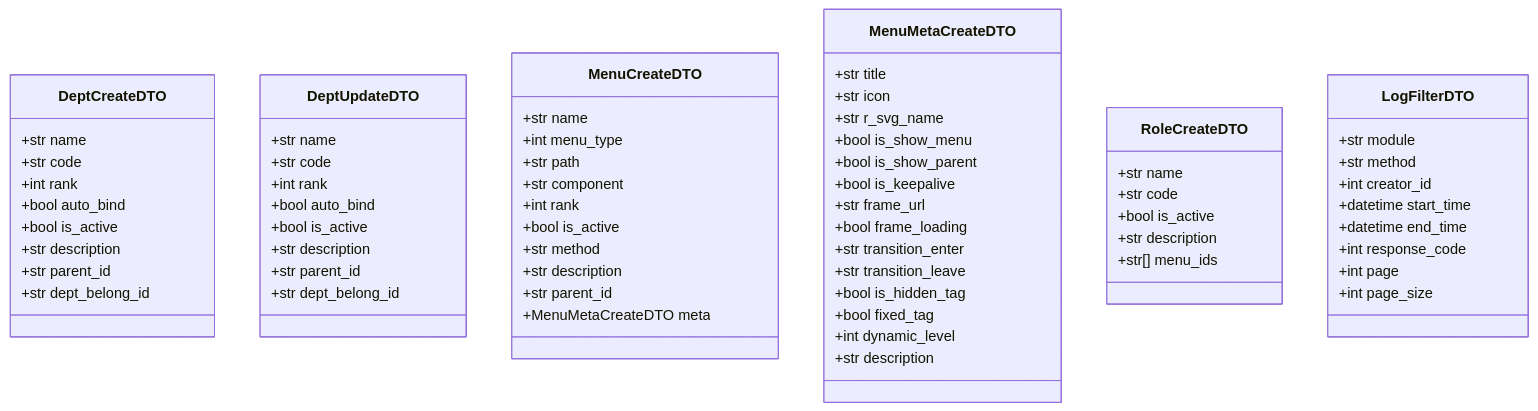
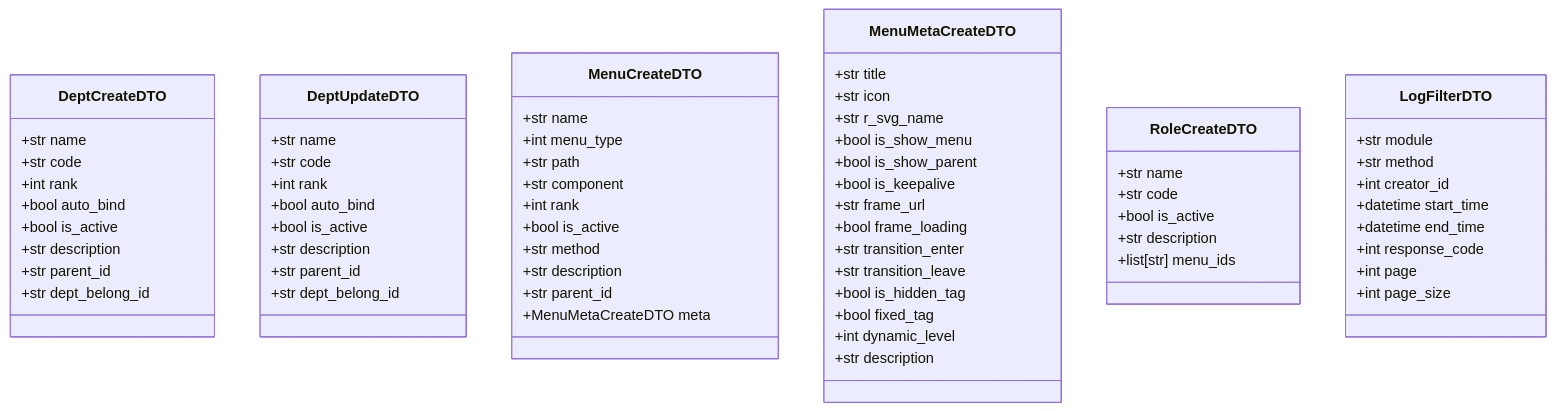
The third of 14 diagrams in .qoder/repowiki/zh/content/API 接口文档/系统管理接口.md (taoweidong/Hello-Django-Ninja-Api), drawn with Mermaid before and after one commit. The commit also changed other lines of this file and 7 other files, not shown here.

````diff
--- a/.qoder/repowiki/zh/content/API 接口文档/系统管理接口.md
+++ b/.qoder/repowiki/zh/content/API 接口文档/系统管理接口.md
@@ -162,68 +217,68 @@
 ```mermaid
 classDiagram
 class DeptCreateDTO {
 +str name
 +str code
 +int rank
 +bool auto_bind
 +bool is_active
 +str description
 +str parent_id
 +str dept_belong_id
 }
 class DeptUpdateDTO {
 +str name
 +str code
 +int rank
 +bool auto_bind
 +bool is_active
 +str description
 +str parent_id
 +str dept_belong_id
 }
 class MenuCreateDTO {
 +str name
 +int menu_type
 +str path
 +str component
 +int rank
 +bool is_active
 +str method
 +str description
 +str parent_id
 +MenuMetaCreateDTO meta
 }
 class MenuMetaCreateDTO {
 +str title
 +str icon
 +str r_svg_name
 +bool is_show_menu
 +bool is_show_parent
 +bool is_keepalive
 +str frame_url
 +bool frame_loading
 +str transition_enter
 +str transition_leave
 +bool is_hidden_tag
 +bool fixed_tag
 +int dynamic_level
 +str description
 }
 class RoleCreateDTO {
 +str name
 +str code
 +bool is_active
 +str description
-+str[] menu_ids
++list[str] menu_ids
 }
 class LogFilterDTO {
 +str module
 +str method
 +int creator_id
 +datetime start_time
 +datetime end_time
 +int response_code
 +int page
 +int page_size
 }
 ```
````
